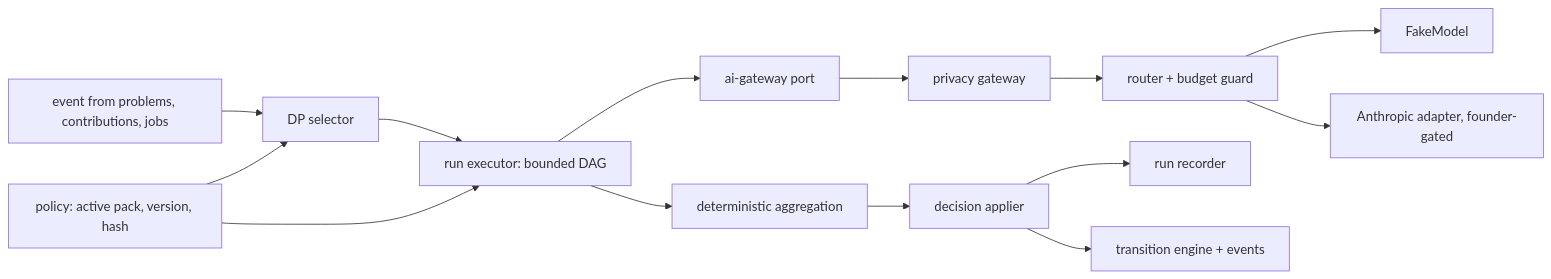
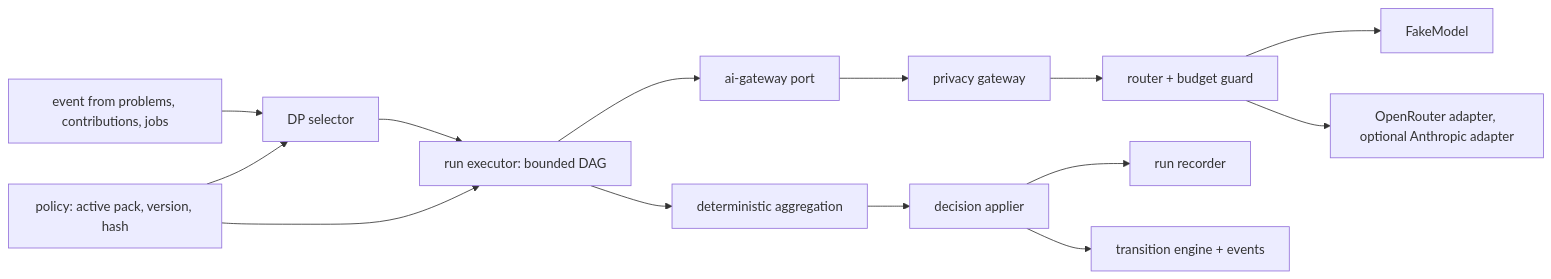
Before and after one commit to community-action-network-oss/community_action_network_oss: the second of 3 diagrams in docs/design/components/server.md, drawn with Mermaid. The commit also changed other lines of this file and 16 other files, not shown here.

Commit message:
W8 P1: design, spec and ADR 0014 for OpenRouter free-first models

````diff
--- a/docs/design/components/server.md
+++ b/docs/design/components/server.md
@@ -67,16 +67,16 @@
 ```mermaid
 flowchart LR
   ev[event from problems, contributions, jobs] --> sel[DP selector]
   sel --> run[run executor: bounded DAG]
   run --> gwp[ai-gateway port]
   gwp --> priv[privacy gateway]
   priv --> rt[router + budget guard]
   rt --> fake[FakeModel]
-  rt --> anth[Anthropic adapter, founder-gated]
+  rt --> anth[OpenRouter adapter, optional Anthropic adapter]
   run --> agg[deterministic aggregation]
   agg --> app2[decision applier]
   app2 --> rec[run recorder]
   pol2[policy: active pack, version, hash] --> sel
   pol2 --> run
   app2 --> trans[transition engine + events]
 ```
````
